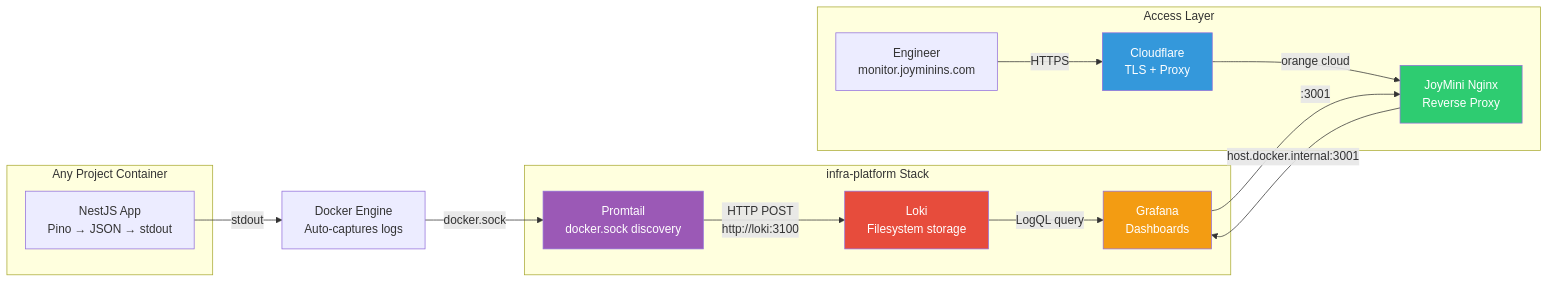
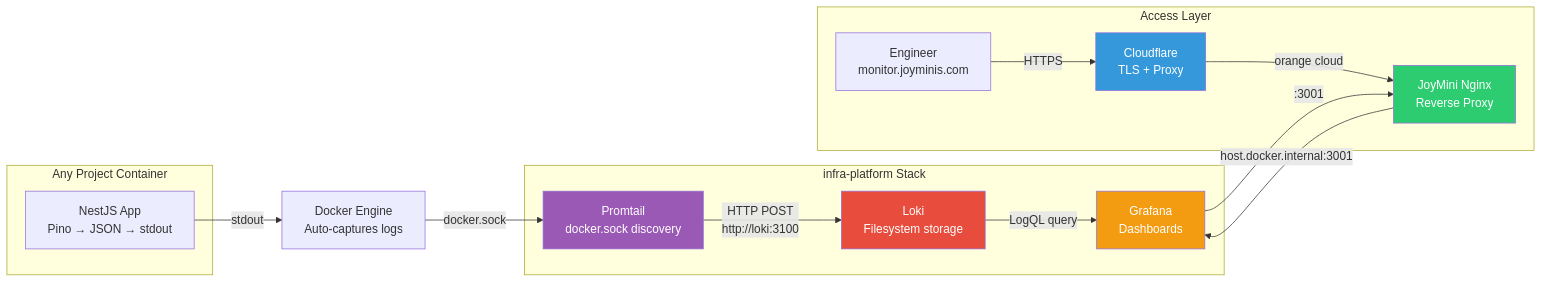
The diagram in README.md (MrBigPorter/infra-platform), drawn with Mermaid before and after one commit. The commit also changed other lines of this file and 5 other files, not shown here.

Commit message:
fix: update domain from joyminins.com to joyminis.com in documentation and configuration

````diff
--- a/README.md
+++ b/README.md
@@ -14,33 +14,33 @@
 ```mermaid
 flowchart LR
     subgraph "Any Project Container"
         App["NestJS App<br/>Pino → JSON → stdout"]
     end
 
     subgraph "infra-platform Stack"
         Promtail["Promtail<br/>docker.sock discovery"]
         Loki["Loki<br/>Filesystem storage"]
         Grafana["Grafana<br/>Dashboards"]
     end
 
     subgraph "Access Layer"
         JoyNginx["JoyMini Nginx<br/>Reverse Proxy"]
         CF["Cloudflare<br/>TLS + Proxy"]
-        User["Engineer<br/>monitor.joyminins.com"]
+        User["Engineer<br/>monitor.joyminis.com"]
     end
 
     App -->|stdout| Docker["Docker Engine<br/>Auto-captures logs"]
     Docker -->|docker.sock| Promtail
     Promtail -->|HTTP POST<br/>http://loki:3100| Loki
     Loki -->|LogQL query| Grafana
     Grafana -->|:3001| JoyNginx
     JoyNginx -->|host.docker.internal:3001| Grafana
     CF -->|orange cloud| JoyNginx
     User -->|HTTPS| CF
 
     style Promtail fill:#9B59B6,color:#fff
     style Loki fill:#E74C3C,color:#fff
     style Grafana fill:#F39C12,color:#fff
     style JoyNginx fill:#2ECC71,color:#fff
     style CF fill:#3498DB,color:#fff
 ```
````
